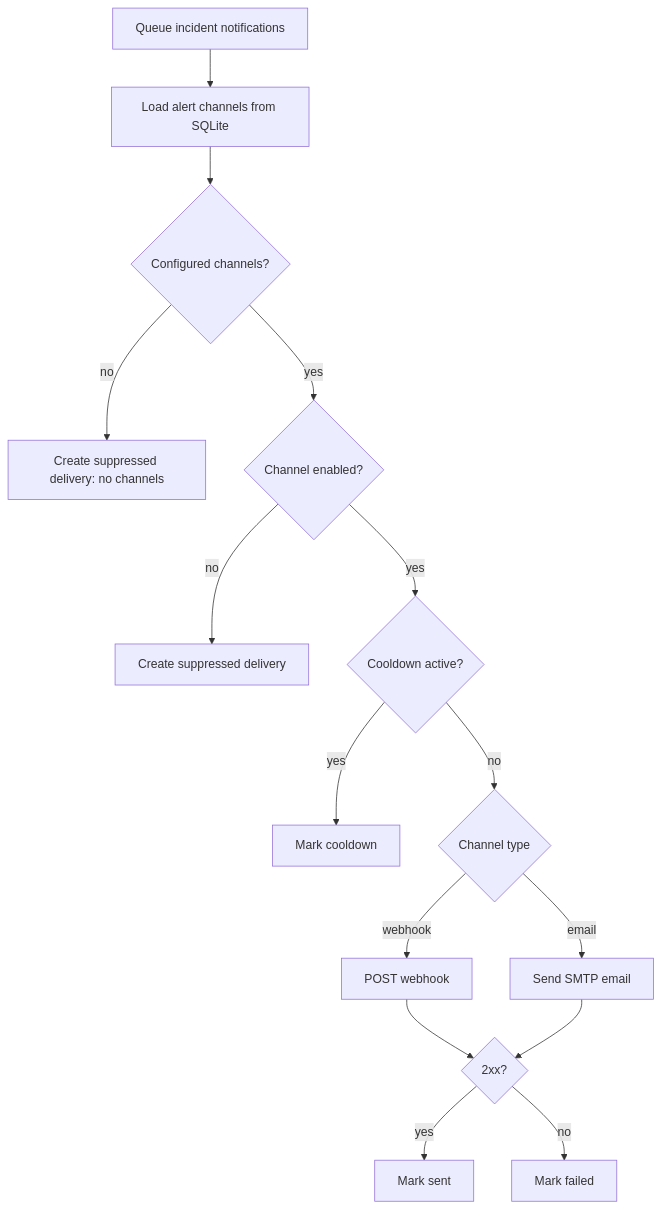
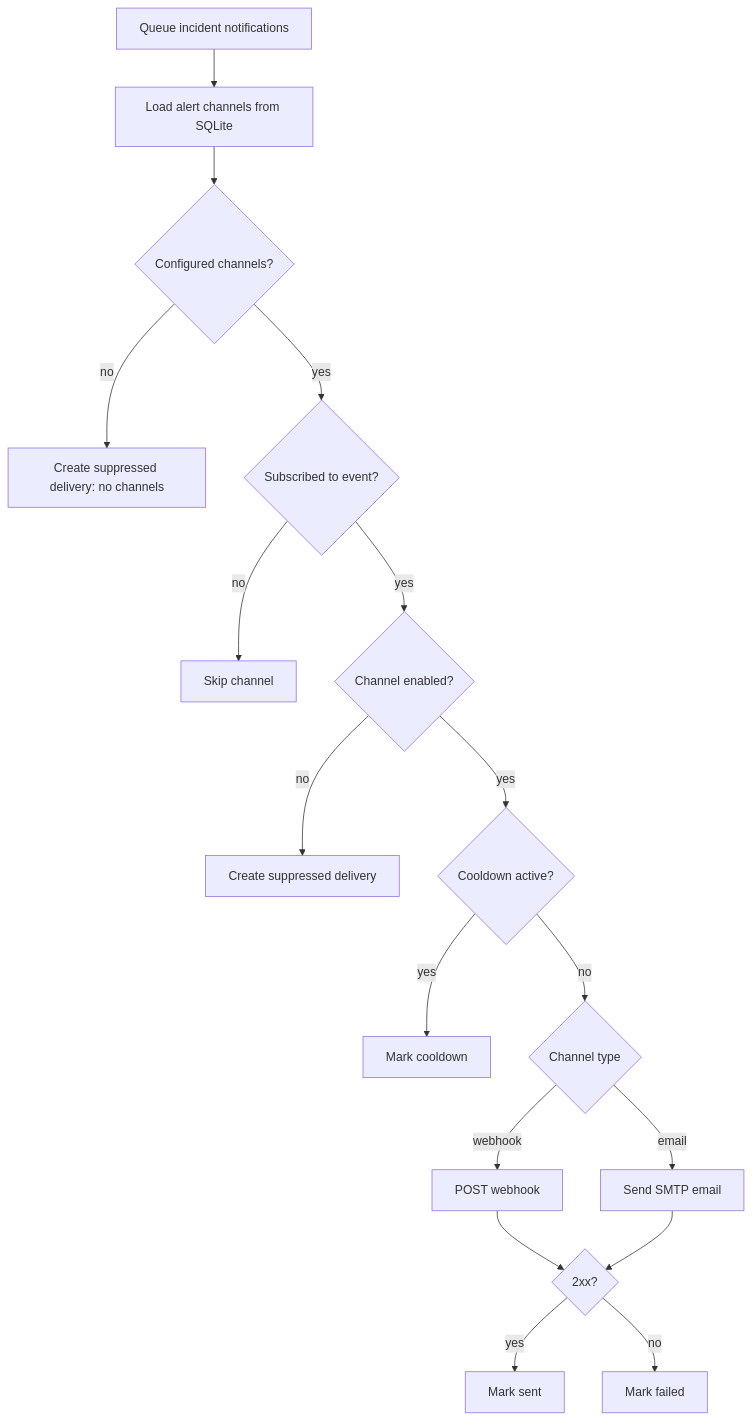
One commit to sunday-studio/orion changed the fourth of 4 diagrams in docs/architecture/core-features.md. Above: the diagram before and after it, drawn with Mermaid. The commit also changed other lines of this file and 14 other files, not shown here.

````diff
--- a/docs/architecture/core-features.md
+++ b/docs/architecture/core-features.md
@@ -142,17 +142,19 @@
 ```mermaid
 flowchart TD
   Queue["Queue incident notifications"] --> LoadChannels["Load alert channels from SQLite"]
   LoadChannels --> Channels{"Configured channels?"}
   Channels -- "no" --> Suppressed["Create suppressed delivery: no channels"]
-  Channels -- "yes" --> Enabled{"Channel enabled?"}
+  Channels -- "yes" --> Subscribed{"Subscribed to event?"}
+  Subscribed -- "no" --> Skip["Skip channel"]
+  Subscribed -- "yes" --> Enabled{"Channel enabled?"}
   Enabled -- "no" --> Disabled["Create suppressed delivery"]
   Enabled -- "yes" --> Cooldown{"Cooldown active?"}
   Cooldown -- "yes" --> CooldownDelivery["Mark cooldown"]
   Cooldown -- "no" --> Type{"Channel type"}
   Type -- "webhook" --> Webhook["POST webhook"]
   Type -- "email" --> Email["Send SMTP email"]
   Webhook --> Sent{"2xx?"}
   Email --> Sent
   Sent -- "yes" --> MarkSent["Mark sent"]
   Sent -- "no" --> MarkFailed["Mark failed"]
 ```
````
